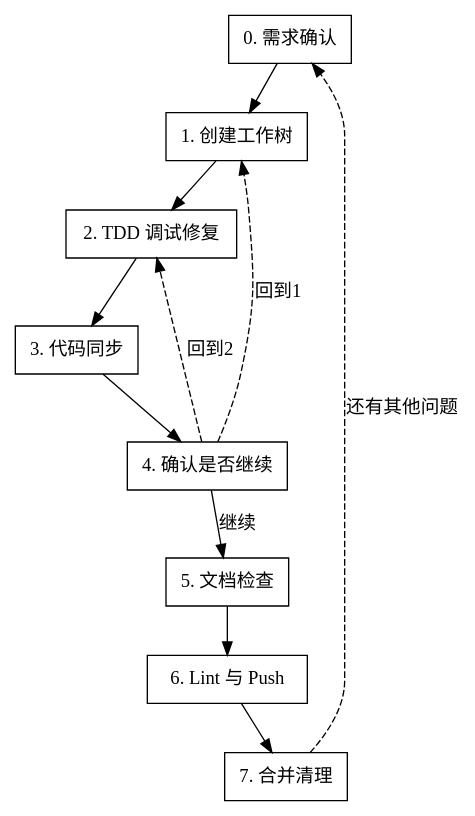
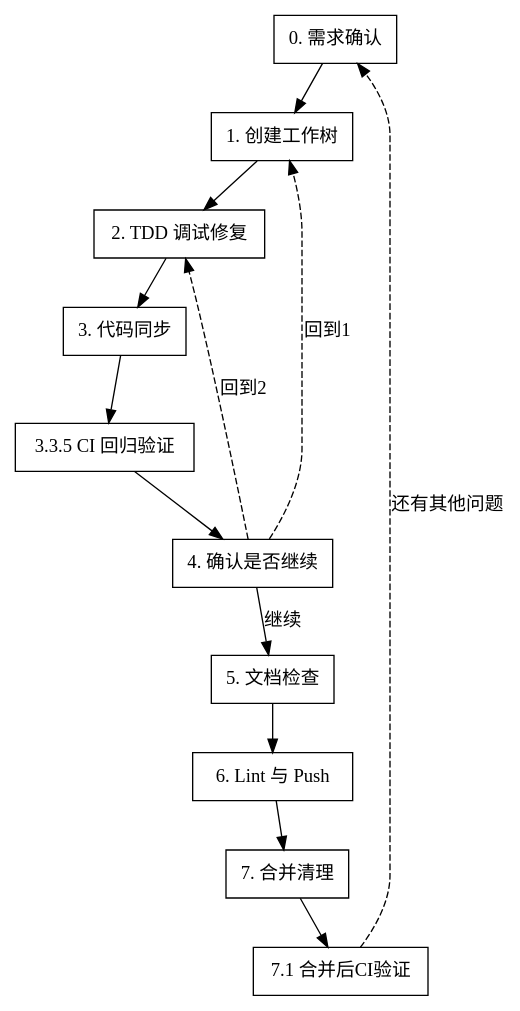
One commit to marcocpt/trae_skills changed the diagram in bug-fix-workflow/SKILL.md. Above: the diagram before and after it, drawn with Graphviz. The commit also changed other lines of this file and 1 other file, not shown here.

````diff
--- a/bug-fix-workflow/SKILL.md
+++ b/bug-fix-workflow/SKILL.md
@@ -22,16 +22,18 @@
 ```dot
 digraph bug_fix_workflow {
     rankdir=TB;
     node [shape=box];
     "0. 需求确认" -> "1. 创建工作树";
     "1. 创建工作树" -> "2. TDD 调试修复";
     "2. TDD 调试修复" -> "3. 代码同步";
-    "3. 代码同步" -> "4. 确认是否继续";
+    "3. 代码同步" -> "3.3.5 CI 回归验证";
+    "3.3.5 CI 回归验证" -> "4. 确认是否继续";
     "4. 确认是否继续" -> "5. 文档检查" [label="继续"];
     "4. 确认是否继续" -> "1. 创建工作树" [label="回到1", style=dashed];
     "4. 确认是否继续" -> "2. TDD 调试修复" [label="回到2", style=dashed];
     "5. 文档检查" -> "6. Lint 与 Push";
     "6. Lint 与 Push" -> "7. 合并清理";
-    "7. 合并清理" -> "0. 需求确认" [label="还有其他问题", style=dashed];
+    "7. 合并清理" -> "7.1 合并后CI验证";
+    "7.1 合并后CI验证" -> "0. 需求确认" [label="还有其他问题", style=dashed];
 }
 ```
````
